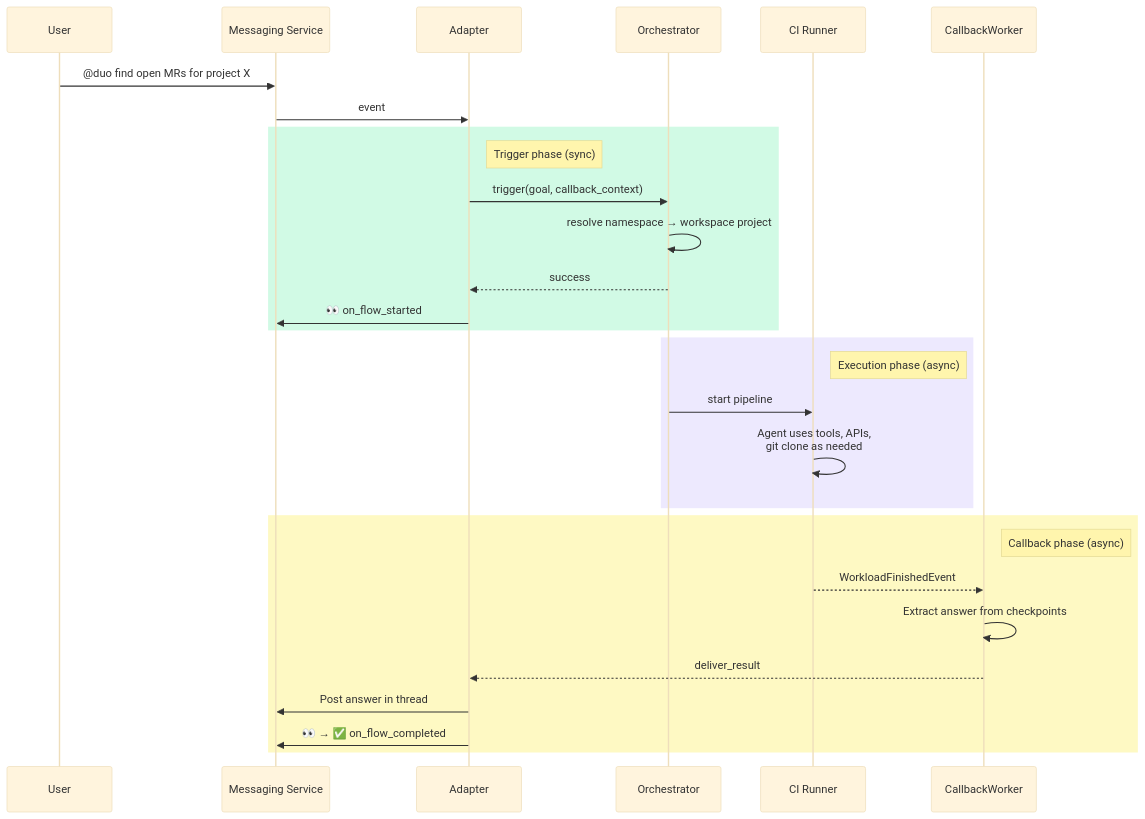
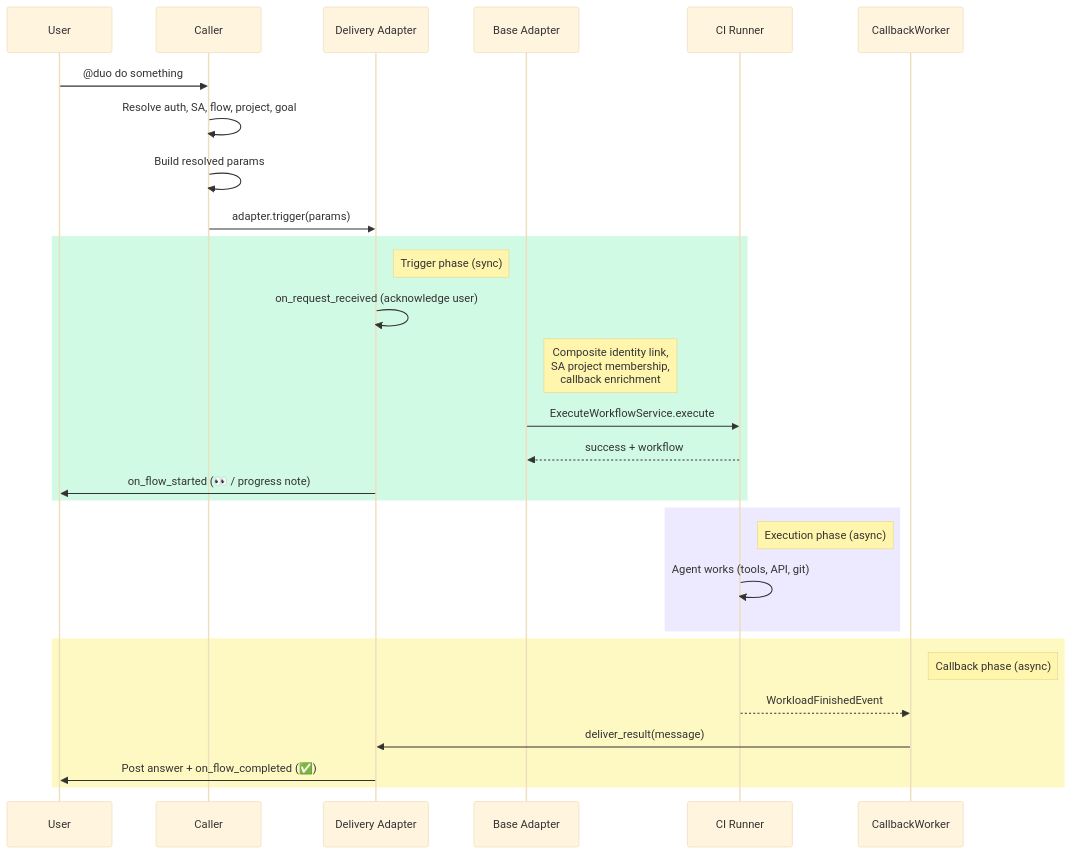
The second of 3 diagrams in content/handbook/engineering/architecture/design-documents/duo_workflow/decisions/008_duo_messaging_service.md (kyama0/gitlab-handbook-ja), drawn with Mermaid (base theme) before and after one commit. The commit also changed other lines of this file and 10 other files, not shown here.

````diff
--- a/content/handbook/engineering/architecture/design-documents/duo_workflow/decisions/008_duo_messaging_service.md
+++ b/content/handbook/engineering/architecture/design-documents/duo_workflow/decisions/008_duo_messaging_service.md
@@ -113,35 +80,35 @@
 ```mermaid
 sequenceDiagram
     participant User
-    participant Slack as Messaging Service
-    participant Adapter
-    participant Orchestrator
+    participant Caller as Caller
+    participant Adapter as Delivery Adapter
+    participant Base as Base Adapter
     participant CI as CI Runner
-    participant Worker as CallbackWorker
+    participant CW as CallbackWorker
 
-    User->>Slack: @duo find open MRs for project X
-    Slack->>Adapter: event
+    User->>Caller: @duo do something
+    Caller->>Caller: Resolve auth, SA, flow, project, goal
+    Caller->>Caller: Build resolved params
+    Caller->>Adapter: adapter.trigger(params)
 
     rect rgb(209, 250, 229)
         Note right of Adapter: Trigger phase (sync)
-        Adapter->>Orchestrator: trigger(goal, callback_context)
-        Orchestrator->>Orchestrator: resolve namespace → workspace project
-        Orchestrator-->>Adapter: success
-        Adapter->>Slack: 👀 on_flow_started
+        Adapter->>Adapter: on_request_received (acknowledge user)
+        Note right of Base: Composite identity link,<br/>SA project membership,<br/>callback enrichment
+        Base->>CI: ExecuteWorkflowService.execute
+        CI-->>Base: success + workflow
+        Adapter->>User: on_flow_started (👀 / progress note)
     end
 
     rect rgb(237, 233, 254)
         Note right of CI: Execution phase (async)
-        Orchestrator->>CI: start pipeline
-        CI->>CI: Agent uses tools, APIs,<br/>git clone as needed
+        CI->>CI: Agent works (tools, API, git)
     end
 
     rect rgb(254, 249, 195)
-        Note right of Worker: Callback phase (async)
-        CI-->>Worker: WorkloadFinishedEvent
-        Worker->>Worker: Extract answer from checkpoints
-        Worker-->>Adapter: deliver_result
-        Adapter->>Slack: Post answer in thread
-        Adapter->>Slack: 👀 → ✅ on_flow_completed
+        Note right of CW: Callback phase (async)
+        CI-->>CW: WorkloadFinishedEvent
+        CW->>Adapter: deliver_result(message)
+        Adapter->>User: Post answer + on_flow_completed (✅)
     end
 ```
````
